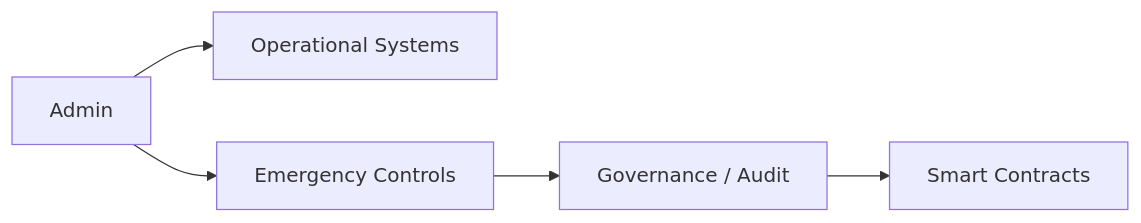
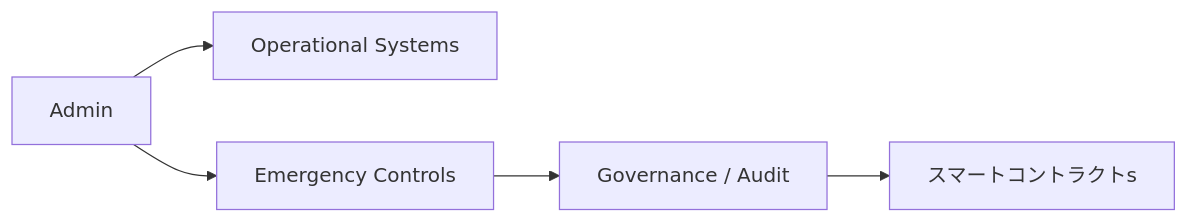
One commit to ShigeichiroYamasaki/creator-first-platform changed diagram 19 of 27 in docs/whitepaper/04-platform-architecture.md. Above: the diagram before and after it, drawn with Mermaid. The commit also changed other lines of this file and 67 other files, not shown here.

````diff
--- a/docs/whitepaper/04-platform-architecture.md
+++ b/docs/whitepaper/04-platform-architecture.md
@@ -633,9 +633,9 @@
 ```mermaid
 flowchart LR
     ADMIN[Admin]
     ADMIN --> OFFCHAIN[Operational Systems]
     ADMIN --> EMERGENCY[Emergency Controls]
 
     EMERGENCY --> REVIEW[Governance / Audit]
-    REVIEW --> SC[Smart Contracts]
+    REVIEW --> SC[スマートコントラクトs]
 ```
````
